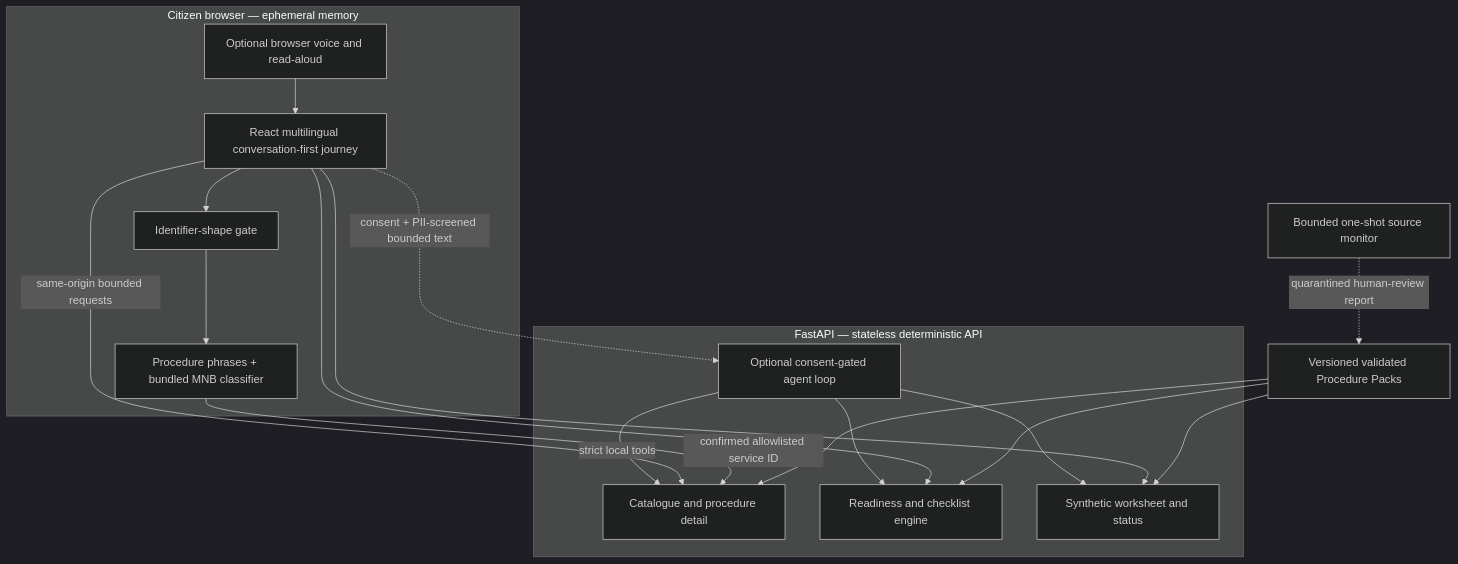
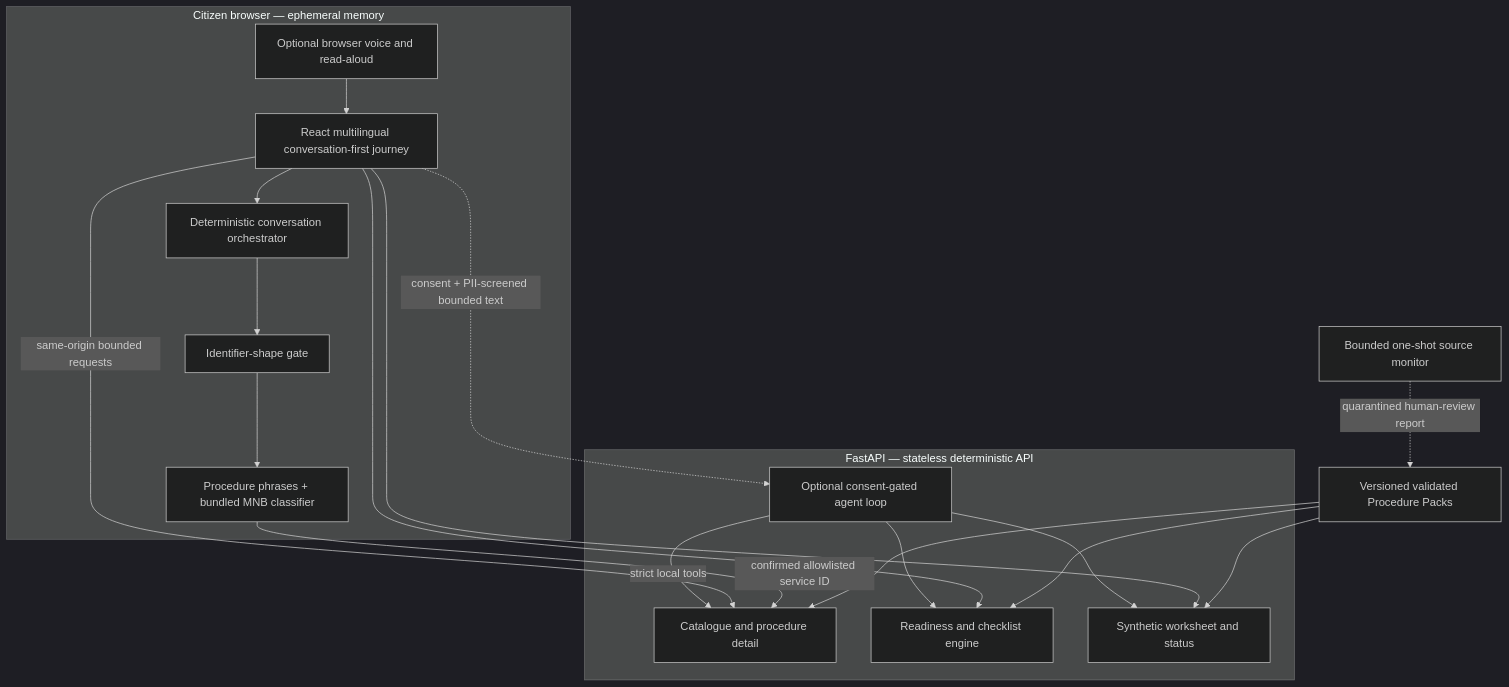
Before and after one commit to ima-a/Sahayi: the diagram in docs/architecture.md, drawn with Mermaid (dark theme). The commit also changed other lines of this file and 14 other files, not shown here.

````diff
--- a/docs/architecture.md
+++ b/docs/architecture.md
@@ -5,30 +5,31 @@
 ```mermaid
 flowchart TB
     subgraph Browser[Citizen browser — ephemeral memory]
       UI[React multilingual conversation-first journey]
+      Orchestrator[Deterministic conversation orchestrator]
       Voice[Optional browser voice and read-aloud]
       Gate[Identifier-shape gate]
       Match[Procedure phrases + bundled MNB classifier]
-      Voice --> UI --> Gate --> Match
+      Voice --> UI --> Orchestrator --> Gate --> Match
     end
 
     subgraph Server[FastAPI — stateless deterministic API]
       Catalogue[Catalogue and procedure detail]
       Readiness[Readiness and checklist engine]
       Demo[Synthetic worksheet and status]
       Agent[Optional consent-gated agent loop]
     end
 
     Packs[Versioned validated Procedure Packs] --> Catalogue
     Packs --> Readiness
     Packs --> Demo
     Match -->|confirmed allowlisted service ID| Catalogue
     UI -->|same-origin bounded requests| Catalogue
     UI --> Readiness
     UI --> Demo
     UI -. consent + PII-screened bounded text .-> Agent
     Agent -->|strict local tools| Catalogue
     Agent --> Readiness
     Agent --> Demo
     Monitor[Bounded one-shot source monitor] -. quarantined human-review report .-> Packs
 ```
````
